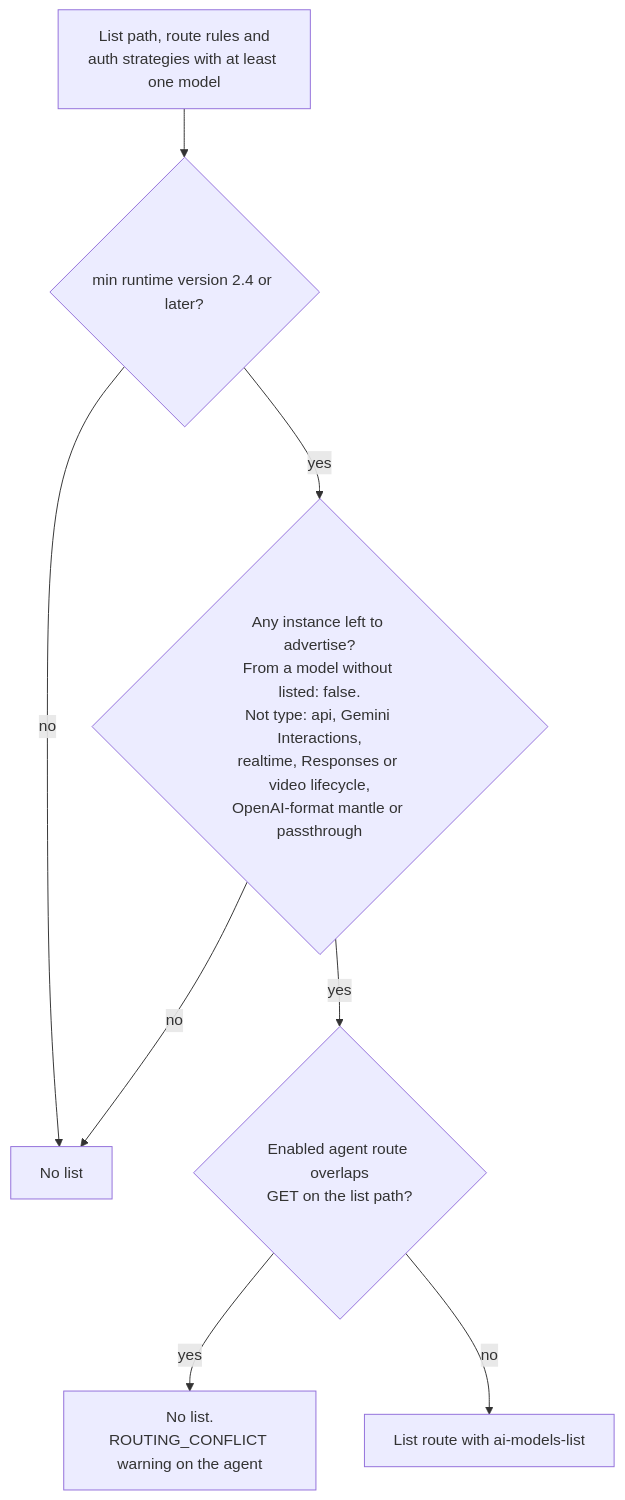
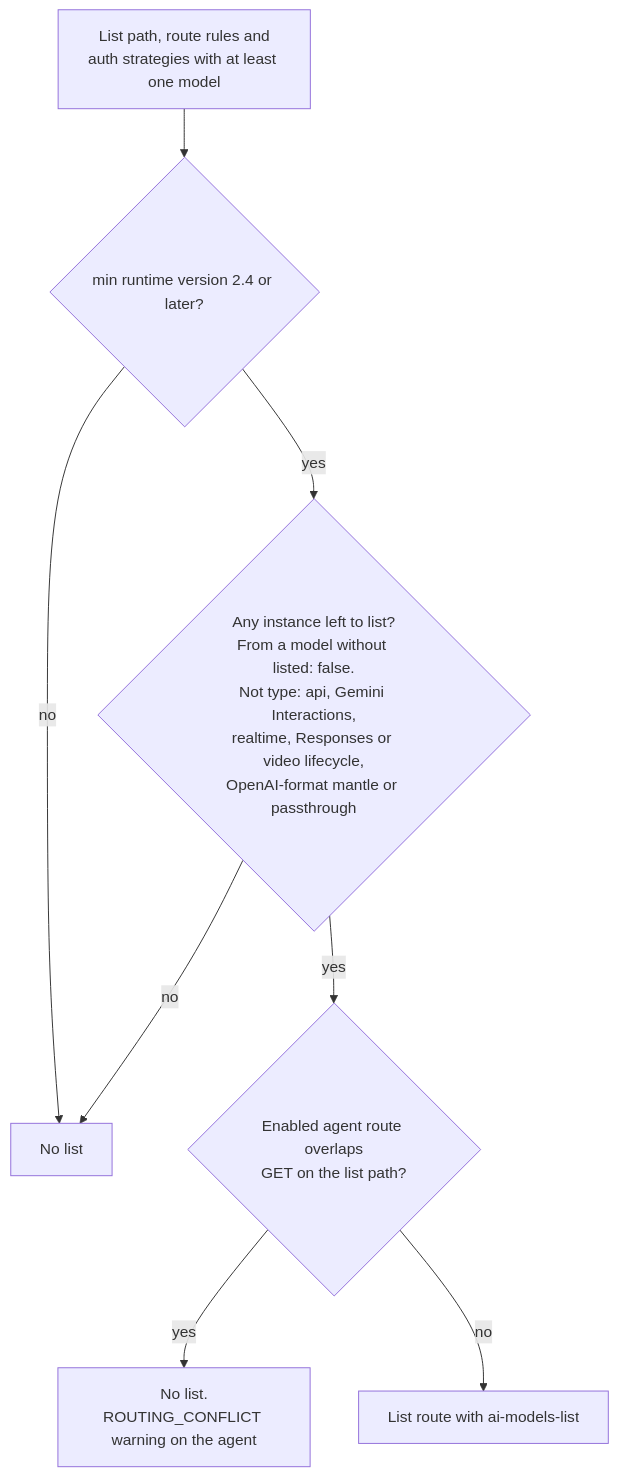
Before and after one commit to Kong/ai-deck-converter: the third of 3 diagrams in docs/decisions/00231-model-list-routes.md, drawn with Mermaid. The commit also changed other lines of this file, not shown here.

First line of the commit message:
docs(rfc): list static model entries in 00231

````diff
--- a/docs/decisions/00231-model-list-routes.md
+++ b/docs/decisions/00231-model-list-routes.md
@@ -401,10 +378,10 @@
 ```mermaid
 flowchart TD
     A["List path, route rules and<br/>auth strategies with at least one model"] --> C{"min runtime version 2.4 or later?"}
     C -- no --> N1["No list"]
-    C -- yes --> E{"Any instance left to advertise?<br/>From a model without listed: false.<br/>Not type: api, Gemini Interactions,<br/>realtime, Responses or video lifecycle,<br/>OpenAI-format mantle or passthrough"}
+    C -- yes --> E{"Any instance left to list?<br/>From a model without listed: false.<br/>Not type: api, Gemini Interactions,<br/>realtime, Responses or video lifecycle,<br/>OpenAI-format mantle or passthrough"}
     E -- no --> N1
     E -- yes --> D{"Enabled agent route overlaps<br/>GET on the list path?"}
     D -- yes --> N3["No list.<br/>ROUTING_CONFLICT warning on the agent"]
     D -- no --> Y["List route with ai-models-list"]
 ```
````
